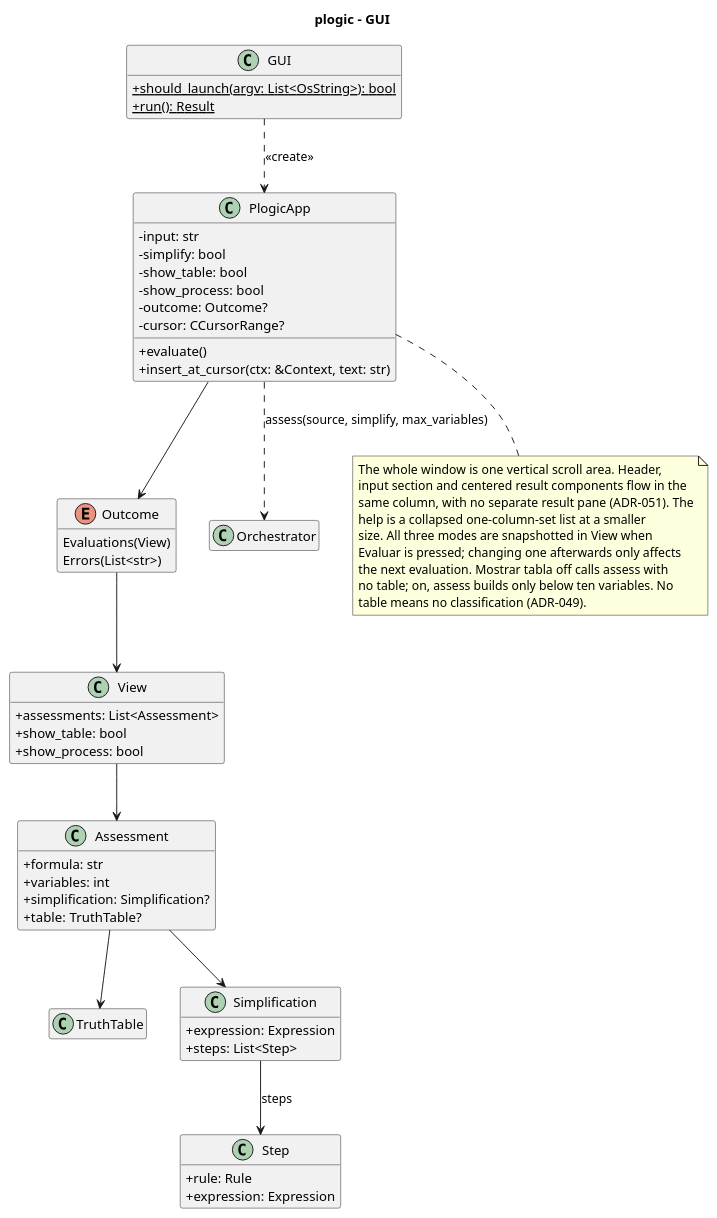
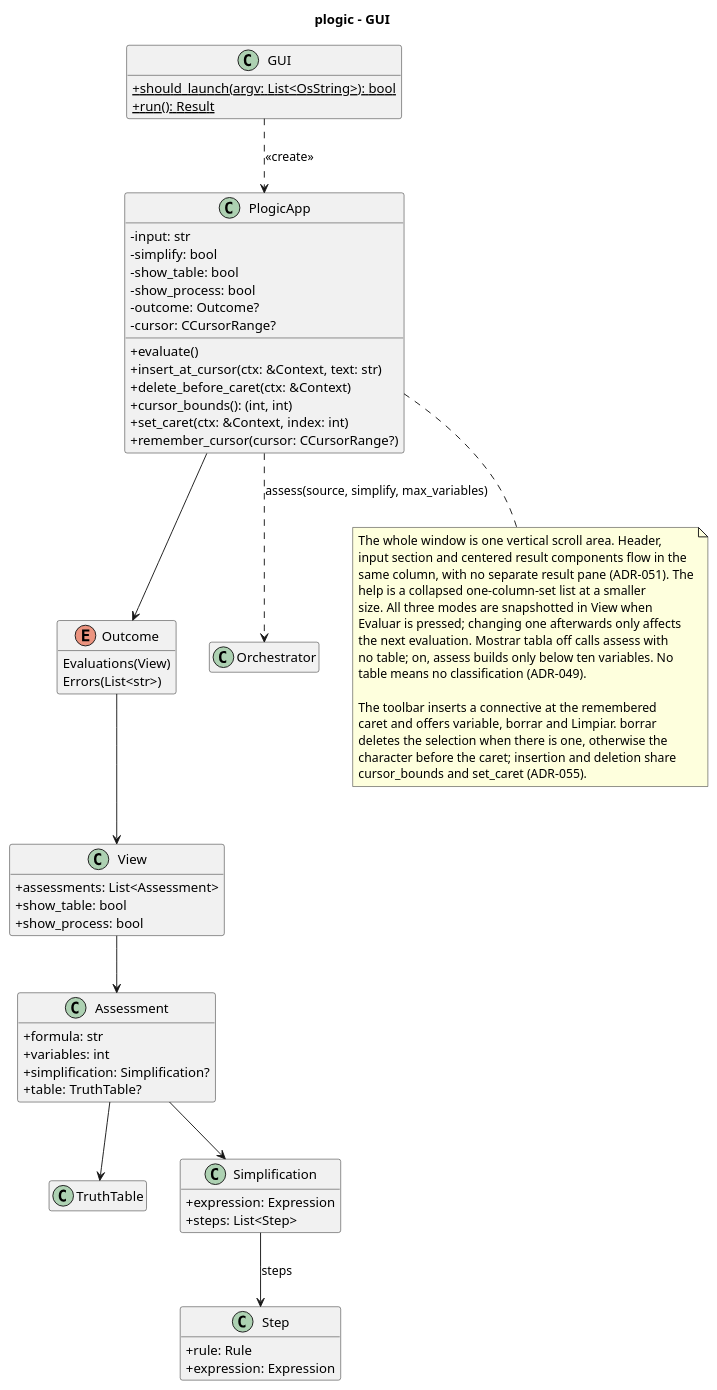
The diagram in design/diagrams/gui_class.puml (Josgtg/plogic), drawn with PlantUML before and after one commit. The commit also changed 3 other files, not shown here.

```diff
--- a/design/diagrams/gui_class.puml
+++ b/design/diagrams/gui_class.puml
@@ -1,76 +1,86 @@
 @startuml gui_class
 title plogic - GUI
 
 skinparam classAttributeIconSize 0
 hide empty members
 
 class GUI {
   +{static} should_launch(argv: List<OsString>): bool
   +{static} run(): Result
 }
 
 class PlogicApp {
   -input: str
   -simplify: bool
   -show_table: bool
   -show_process: bool
   -outcome: Outcome?
   -cursor: CCursorRange?
   +evaluate()
   +insert_at_cursor(ctx: &Context, text: str)
+  +delete_before_caret(ctx: &Context)
+  +cursor_bounds(): (int, int)
+  +set_caret(ctx: &Context, index: int)
+  +remember_cursor(cursor: CCursorRange?)
 }
 
 class View {
   +assessments: List<Assessment>
   +show_table: bool
   +show_process: bool
 }
 
 enum Outcome {
   Evaluations(View)
   Errors(List<str>)
 }
 
 class Orchestrator
 
 class Assessment {
   +formula: str
   +variables: int
   +simplification: Simplification?
   +table: TruthTable?
 }
 
 class TruthTable
 
 class Simplification {
   +expression: Expression
   +steps: List<Step>
 }
 
 class Step {
   +rule: Rule
   +expression: Expression
 }
 
 note bottom of PlogicApp
   The whole window is one vertical scroll area. Header,
   input section and centered result components flow in the
   same column, with no separate result pane (ADR-051). The
   help is a collapsed one-column-set list at a smaller
   size. All three modes are snapshotted in View when
   Evaluar is pressed; changing one afterwards only affects
   the next evaluation. Mostrar tabla off calls assess with
   no table; on, assess builds only below ten variables. No
   table means no classification (ADR-049).
+
+  The toolbar inserts a connective at the remembered
+  caret and offers variable, borrar and Limpiar. borrar
+  deletes the selection when there is one, otherwise the
+  character before the caret; insertion and deletion share
+  cursor_bounds and set_caret (ADR-055).
 end note
 
 GUI ..> PlogicApp : <<create>>
 PlogicApp --> Outcome
 Outcome --> View
 View --> Assessment
 PlogicApp ..> Orchestrator : assess(source, simplify, max_variables)
 Assessment --> TruthTable
 Assessment --> Simplification
 Simplification --> Step : steps
 
 @enduml
```
